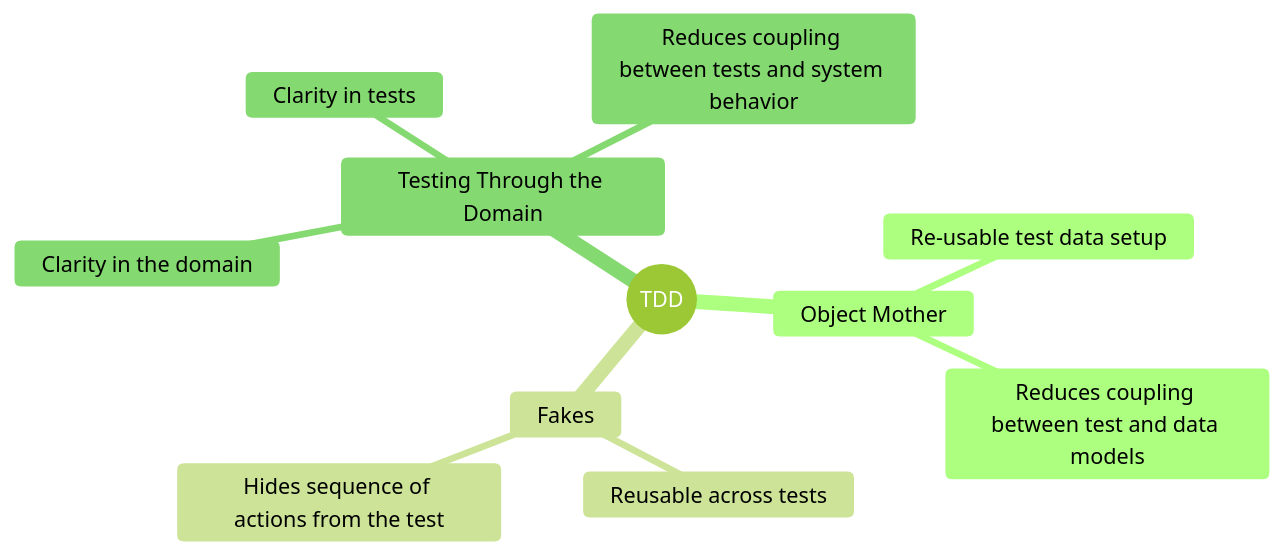
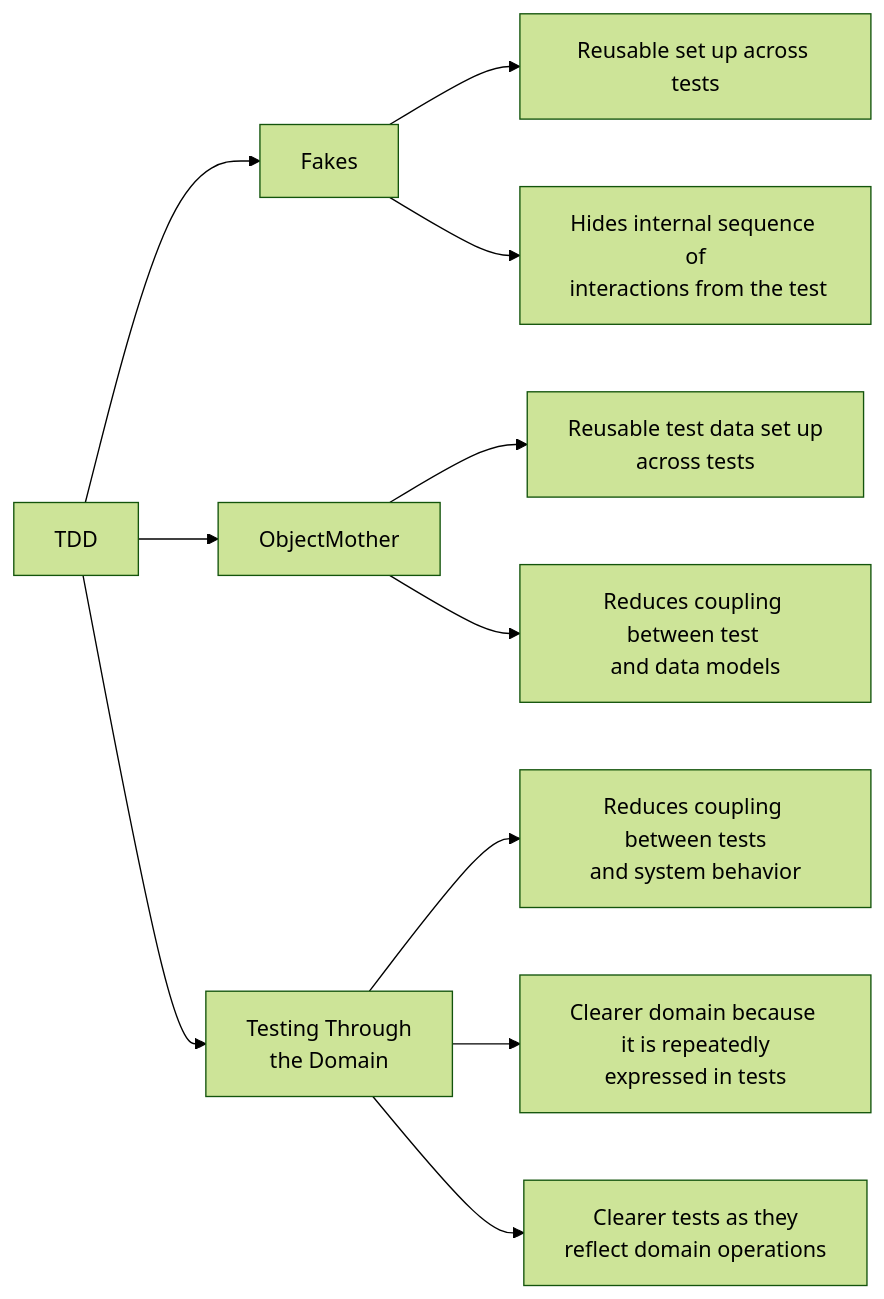
Before and after one commit to anderssv/the-example: the diagram in doc/tdd.md, drawn with Mermaid (forest theme). The commit also changed other lines of this file, not shown here.

Commit message:
Changed to flow to be supported on Github

````diff
--- a/doc/tdd.md
+++ b/doc/tdd.md
@@ -11,14 +11,22 @@
 ```mermaid
-mindmap
-  root((TDD))
-    Object Mother
-        Re-usable test data setup
-        Reduces coupling between test and data models
-    Fakes
-        Reusable across tests
-        Hides sequence of actions from the test
-    Testing Through the Domain
-        Clarity in the domain
-        Clarity in tests
-        Reduces coupling between tests and system behavior
+flowchart LR
+    TTTD[Testing Through<br/>the Domain]
+    ReusableTestSetup[Reusable set up across tests]
+    SequenceIsolation[Hides internal sequence of<br/> interactions from the test]
+    ReusableTestData[Reusable test data set up<br/>across tests]
+    ReducedCouplingData[Reduces coupling between test <br/>and data models]
+    ReducedCouplingBehaviour[Reduces coupling between tests<br/>and system behavior]
+    ClarityDomain[Clearer domain because it is repeatedly<br/>expressed in tests]
+    ClarityTests[Clearer tests as they<br/>reflect domain operations]
+    
+    TDD --> Fakes
+    TDD --> ObjectMother
+    TDD --> TTTD
+    Fakes --> ReusableTestSetup
+    Fakes --> SequenceIsolation
+    ObjectMother --> ReusableTestData
+    ObjectMother --> ReducedCouplingData
+    TTTD --> ReducedCouplingBehaviour
+    TTTD --> ClarityDomain
+    TTTD --> ClarityTests
 ```
````
